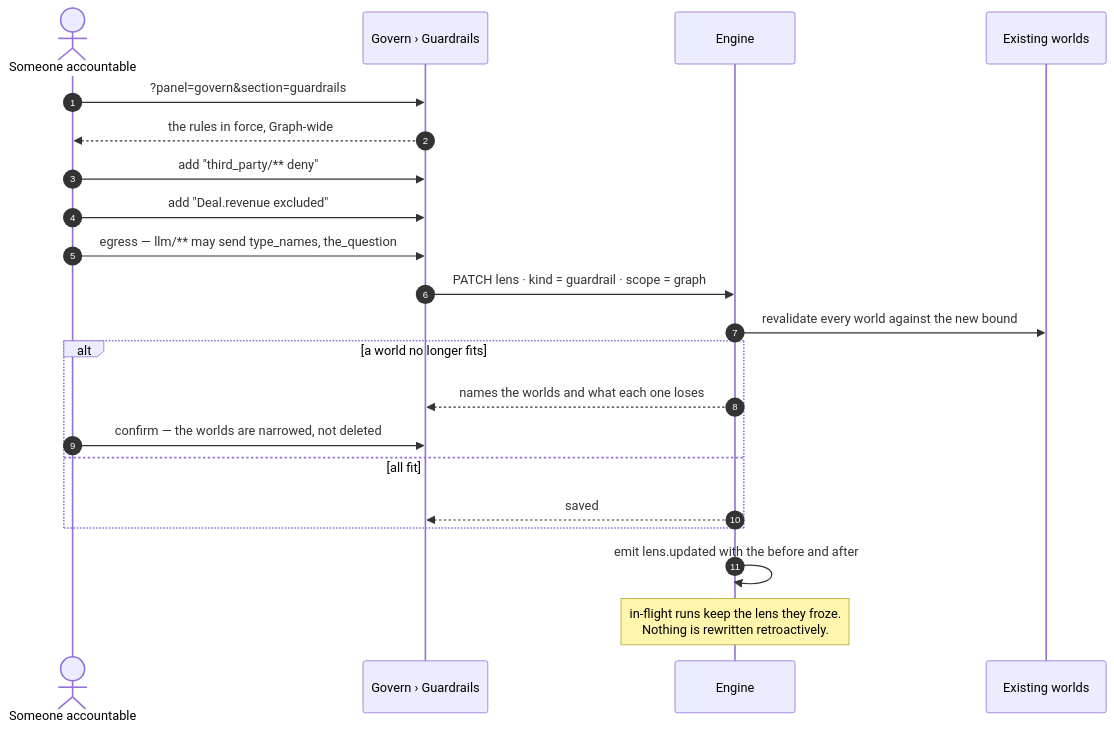
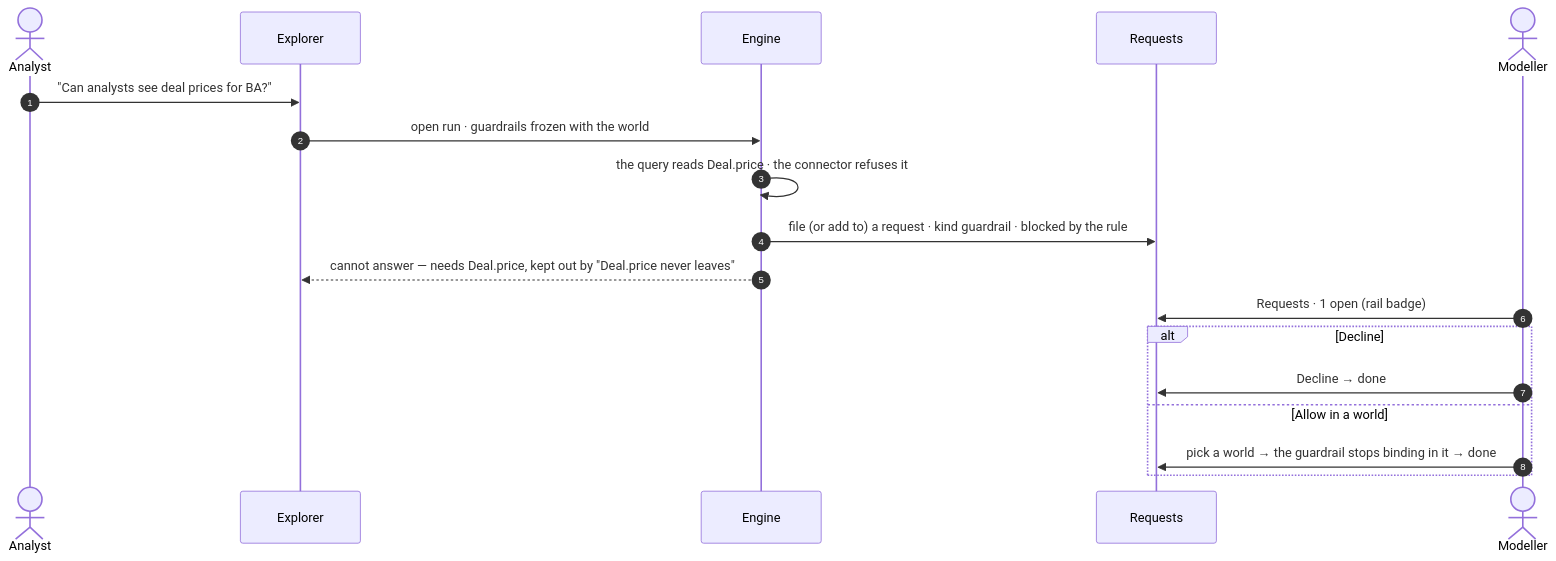
The second of 2 diagrams in docs/for-developers/modules/govern/features/guardrails.md (invana/invana), drawn with Mermaid before and after one commit. The commit also changed other lines of this file and 359 other files, not shown here.

````diff
--- a/docs/for-developers/modules/govern/features/guardrails.md
+++ b/docs/for-developers/modules/govern/features/guardrails.md
@@ -36,24 +54,21 @@
 ```mermaid
 sequenceDiagram
     autonumber
-    actor Ad as Someone accountable
-    participant S as Govern › Guardrails
+    actor P as Analyst
+    participant X as Explorer
     participant E as Engine
-    participant W as Existing worlds
+    participant Q as Requests
+    actor M as Modeller
 
-    Ad->>S: ?panel=govern&section=guardrails
-    S-->>Ad: the rules in force, Graph-wide
-    Ad->>S: add "third_party/** deny"
-    Ad->>S: add "Deal.revenue excluded"
-    Ad->>S: egress — llm/** may send type_names, the_question
-    S->>E: PATCH lens · kind = guardrail · scope = graph
-    E->>W: revalidate every world against the new bound
-    alt a world no longer fits
-        E-->>S: names the worlds and what each one loses
-        Ad->>S: confirm — the worlds are narrowed, not deleted
-    else all fit
-        E-->>S: saved
+    P->>X: "Can analysts see deal prices for BA?"
+    X->>E: open run · guardrails frozen with the world
+    E->>E: the query reads Deal.price · the connector refuses it
+    E->>Q: file (or add to) a request · kind guardrail · blocked by the rule
+    E-->>X: cannot answer — needs Deal.price, kept out by "Deal.price never leaves"
+    M->>Q: Requests · 1 open (rail badge)
+    alt Decline
+        M->>Q: Decline → done
+    else Allow in a world
+        M->>Q: pick a world → the guardrail stops binding in it → done
     end
-    E->>E: emit lens.updated with the before and after
-    Note over E: in-flight runs keep the lens they froze.<br/>Nothing is rewritten retroactively.
 ```
````
